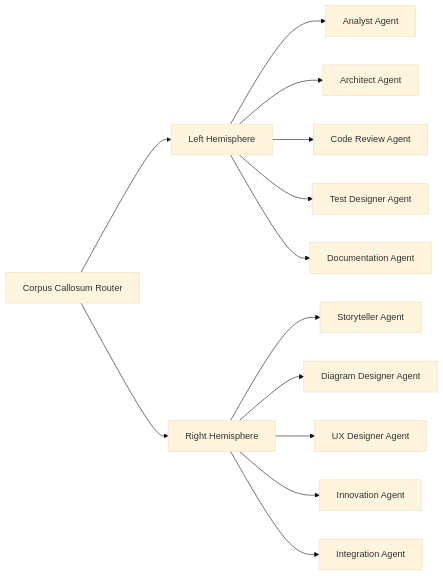
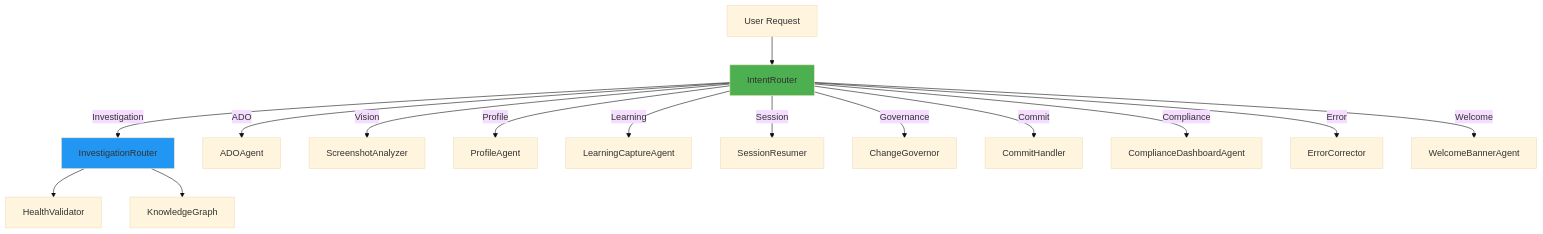
Before and after one commit to asifhussain60/CORTEX: the second of 3 diagrams in docs/ARCHITECTURE.md, drawn with Mermaid (base theme). The commit also changed other lines of this file and 6 other files, not shown here.

````diff
--- a/docs/ARCHITECTURE.md
+++ b/docs/ARCHITECTURE.md
@@ -329,17 +331,22 @@
 ```mermaid
-graph LR
-    CC[Corpus Callosum Router] --> LH[Left Hemisphere]
-    CC --> RH[Right Hemisphere]
+graph TB
+    User[User Request] --> IR[IntentRouter]
     
-    LH --> A1[Analyst Agent]
-    LH --> A2[Architect Agent]
-    LH --> A3[Code Review Agent]
-    LH --> A4[Test Designer Agent]
-    LH --> A5[Documentation Agent]
+    IR --> |Investigation| IVR[InvestigationRouter]
+    IR --> |ADO| ADO[ADOAgent]
+    IR --> |Vision| SA[ScreenshotAnalyzer]
+    IR --> |Profile| PA[ProfileAgent]
+    IR --> |Learning| LCA[LearningCaptureAgent]
+    IR --> |Session| SR[SessionResumer]
+    IR --> |Governance| CG[ChangeGovernor]
+    IR --> |Commit| CH[CommitHandler]
+    IR --> |Compliance| CDA[ComplianceDashboardAgent]
+    IR --> |Error| EC[ErrorCorrector]
+    IR --> |Welcome| WBA[WelcomeBannerAgent]
     
-    RH --> A6[Storyteller Agent]
-    RH --> A7[Diagram Designer Agent]
-    RH --> A8[UX Designer Agent]
-    RH --> A9[Innovation Agent]
-    RH --> A10[Integration Agent]
+    IVR --> HV[HealthValidator]
+    IVR --> KG[KnowledgeGraph]
+    
+    style IR fill:#4CAF50
+    style IVR fill:#2196F3
 ```
````
